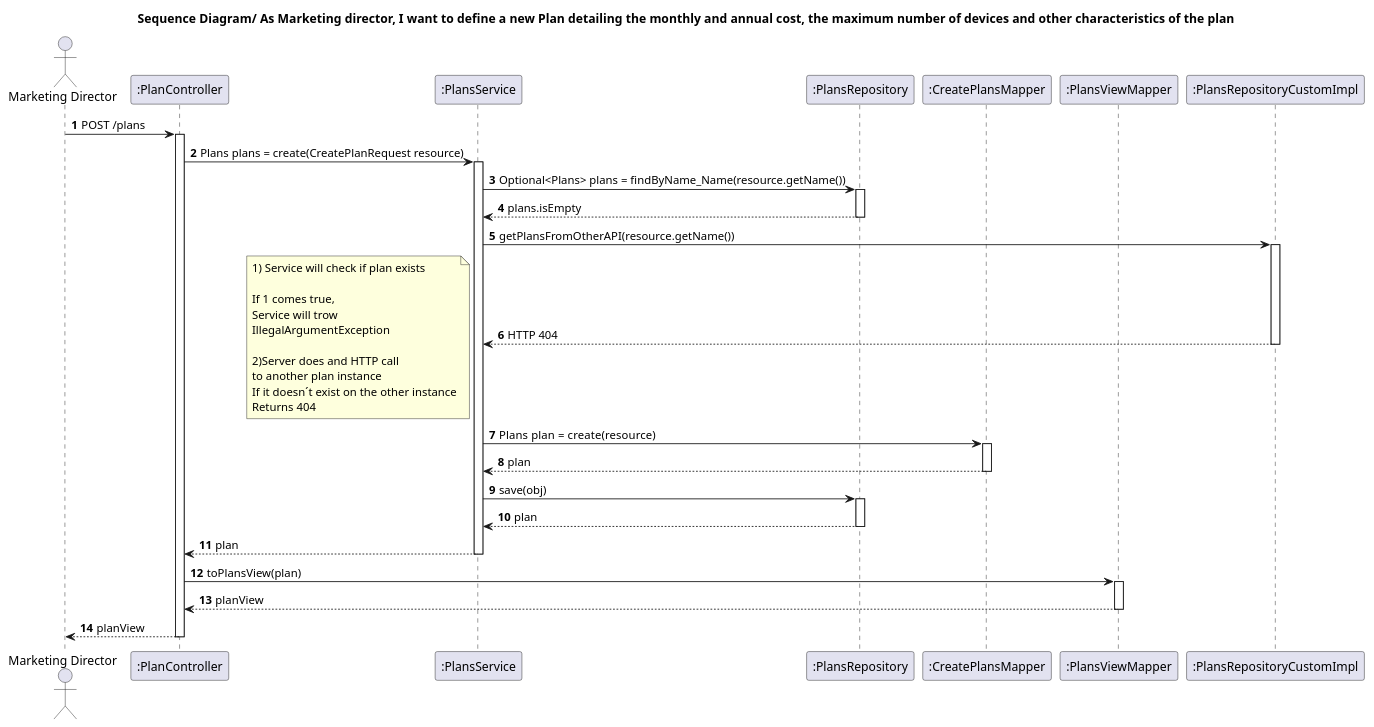
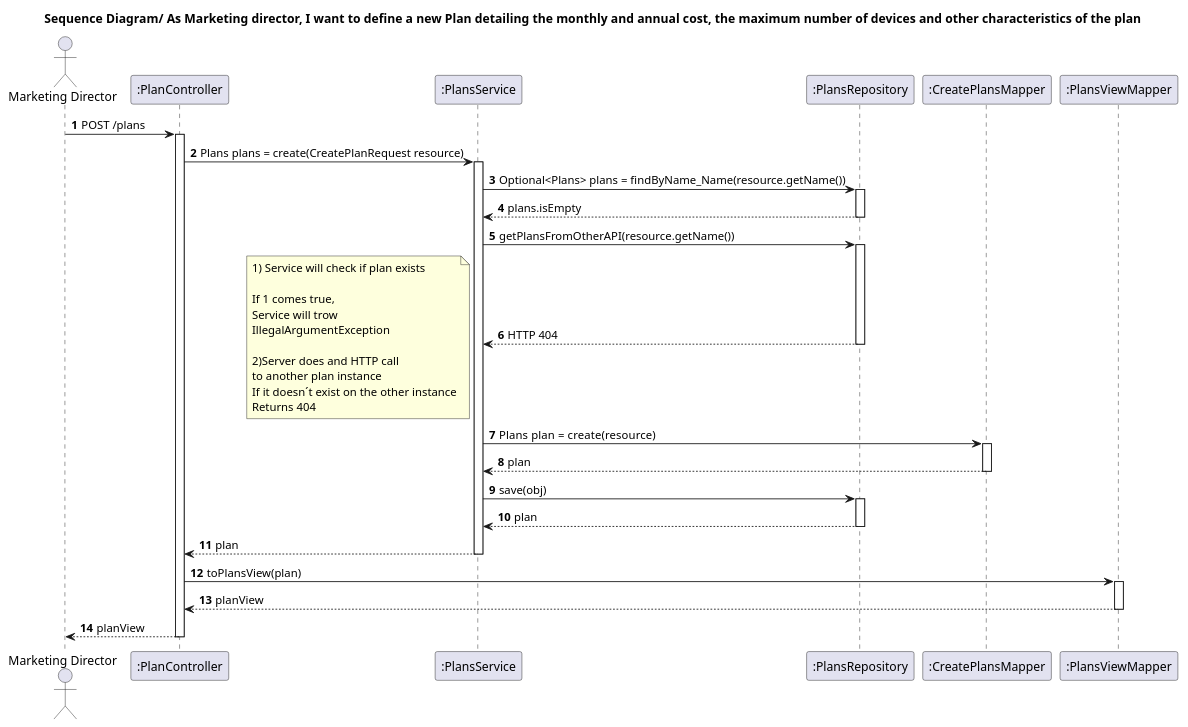
Before and after one commit to IsepMartimOliveira/SIDIS: the diagram in docs_sidis/Plans/WP#1A/US01/SD.puml, drawn with PlantUML. The commit also changed 12 other files, not shown here.

```diff
--- a/docs_sidis/Plans/WP#1A/US01/SD.puml
+++ b/docs_sidis/Plans/WP#1A/US01/SD.puml
@@ -1,44 +1,43 @@
 @startuml
 'https://plantuml.com/sequence-diagram
 autoactivate on
 autonumber
 title Sequence Diagram/ As Marketing director, I want to define a new Plan detailing the monthly and annual cost, the maximum number of devices and other characteristics of the plan
 
 autonumber
 
 actor "Marketing Director" as Ac
 participant ":PlanController" as Ctrl
 participant ":PlansService" as Serv
 participant ":PlansRepository" as Repo
 participant ":CreatePlansMapper" as Mapper
 participant ":PlansViewMapper" as View
-participant ":PlansRepositoryCustomImpl" as RepoHTTP
 
 Ac -> Ctrl : POST /plans
 Ctrl -> Serv :Plans plans = create(CreatePlanRequest resource)
 Serv -> Repo :Optional<Plans> plans = findByName_Name(resource.getName())
 Repo --> Serv : plans.isEmpty
-Serv->RepoHTTP:getPlansFromOtherAPI(resource.getName())
-RepoHTTP-->Serv: HTTP 404
+Serv->Repo:getPlansFromOtherAPI(resource.getName())
+Repo-->Serv: HTTP 404
 note left
 1) Service will check if plan exists
 
 If 1 comes true,
 Service will trow
 IllegalArgumentException
 
 2)Server does and HTTP call
 to another plan instance
 If it doesn´t exist on the other instance
 Returns 404
 end note
 Serv -> Mapper :Plans plan  = create(resource)
 Mapper --> Serv: plan
 Serv -> Repo: save(obj)
 Repo --> Serv: plan
 Serv --> Ctrl: plan
 Ctrl ->View: toPlansView(plan)
 View -->Ctrl: planView
 Ac <-- Ctrl : planView
 
 @enduml
```
